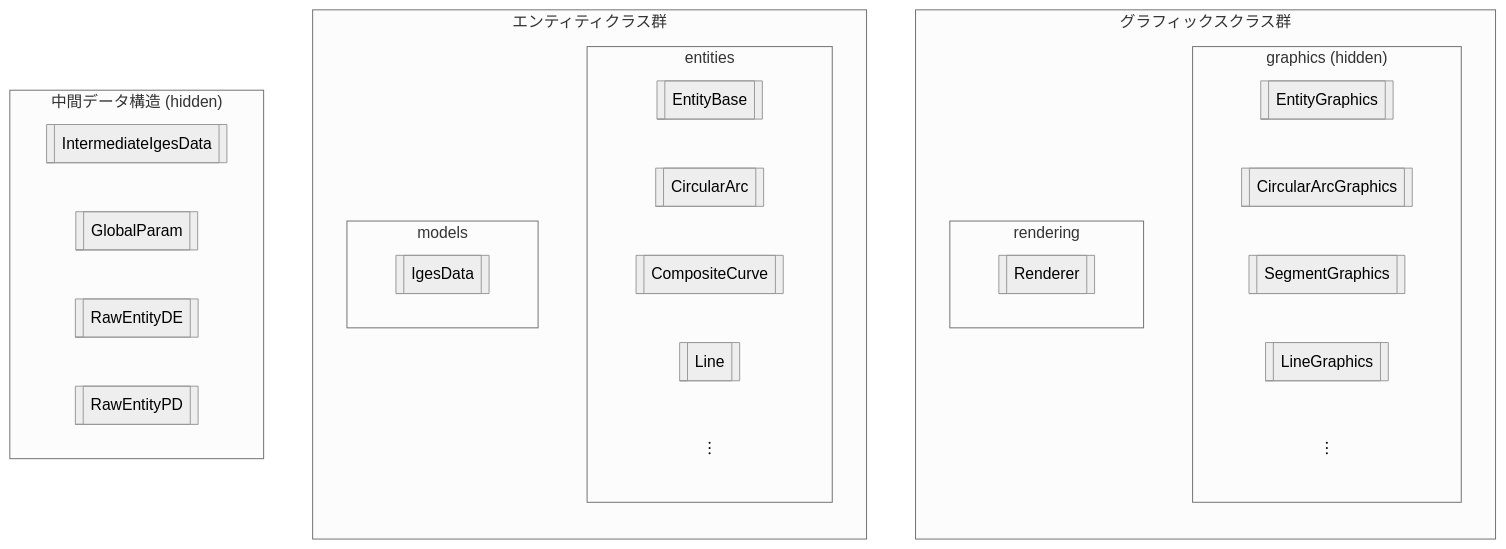
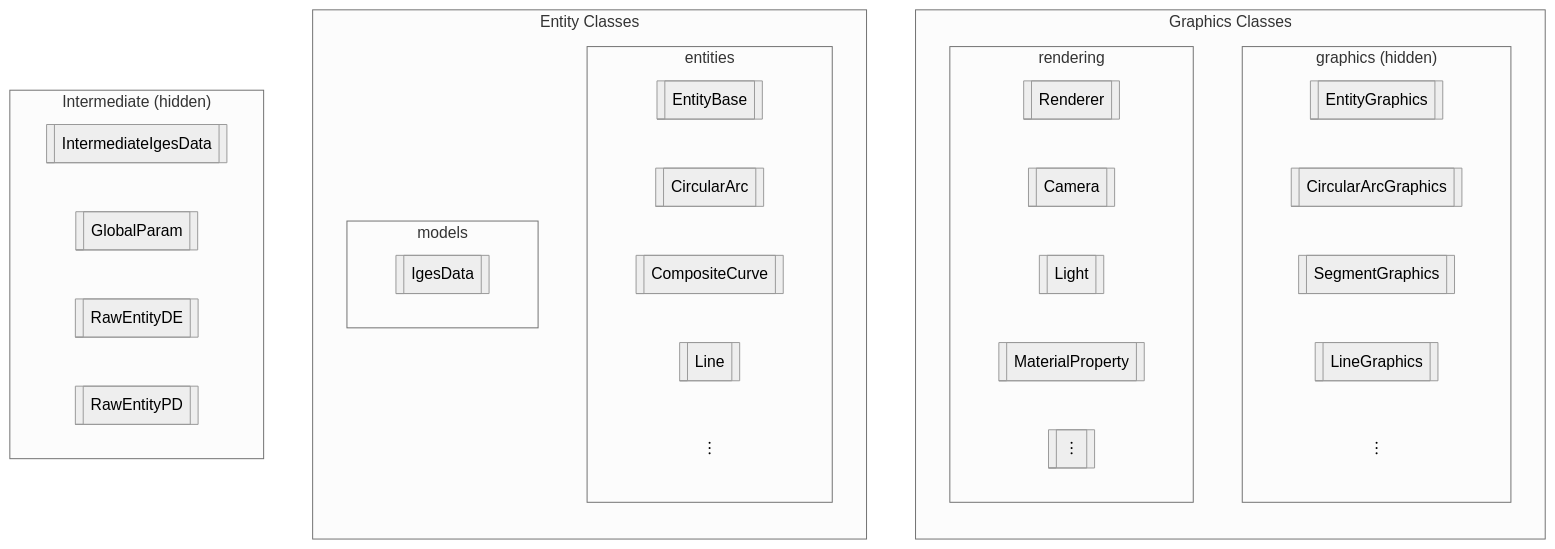
One commit to YayoiHabami/IGESio changed the diagram in docs/class_structure.md. Above: the diagram before and after it, drawn with Mermaid (neutral theme). The commit also changed 35 other files, not shown here.

````diff
--- a/docs/class_structure.md
+++ b/docs/class_structure.md
@@ -18,43 +18,47 @@
 ```mermaid
 flowchart TD
-    subgraph "グラフィックスクラス群"
+    subgraph "Graphics Classes"
         direction TB
         subgraph "graphics (hidden)"
             direction LR
             g1[[EntityGraphics]]
             g2[[CircularArcGraphics]]
             g3[[SegmentGraphics]]
             g4[[LineGraphics]]
             y[[︙]]
         end
         subgraph "rendering"
             direction LR
             gr1[[Renderer]]
+            gr2[[Camera]]
+            gr3[[Light]]
+            gr4[[MaterialProperty]]
+            z[[︙]]
         end
     end
-    subgraph "エンティティクラス群"
+    subgraph "Entity Classes"
         direction TB
         subgraph "entities"
             direction LR
             e1[[EntityBase]]
             e2[[CircularArc]]
             e3[[CompositeCurve]]
             e4[[Line]]
             x[[︙]]
         end
         subgraph "models"
             direction LR
             em1[[IgesData]]
         end
     end
-    subgraph "中間データ構造 (hidden)"
+    subgraph "Intermediate (hidden)"
         direction LR
         i1[[IntermediateIgesData]]
         i2[[GlobalParam]]
         i3[[RawEntityDE]]
         i4[[RawEntityPD]]
     end
 
 style x fill:#fff0, stroke:#fff0
 style y fill:#fff0, stroke:#fff0
 ```
````
